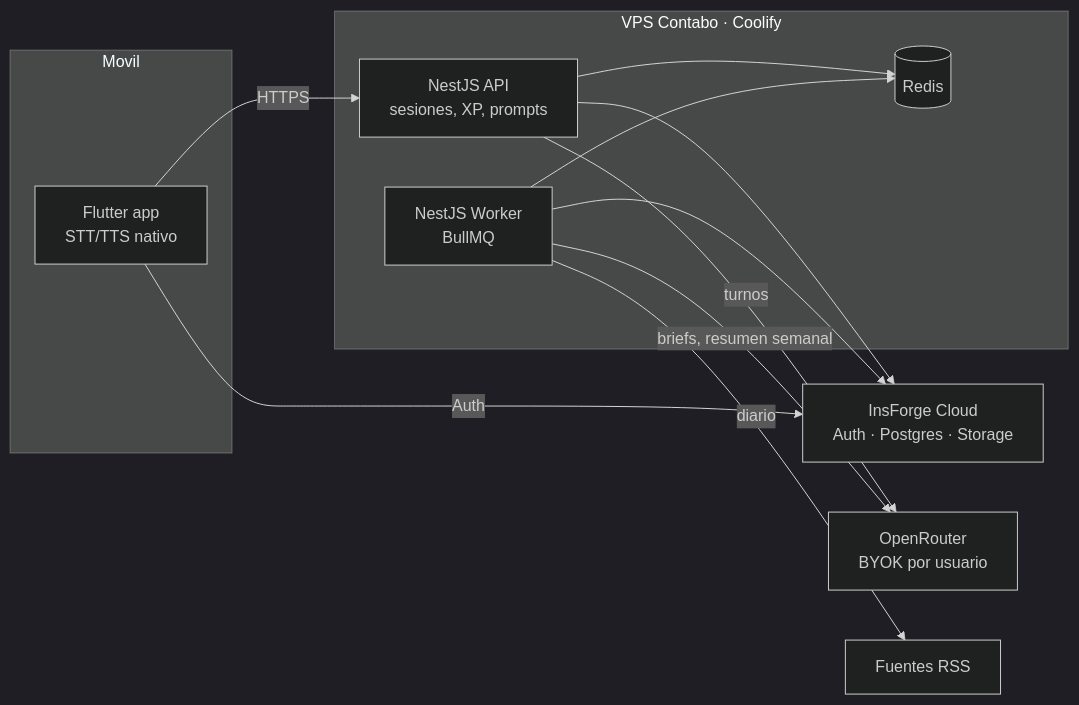
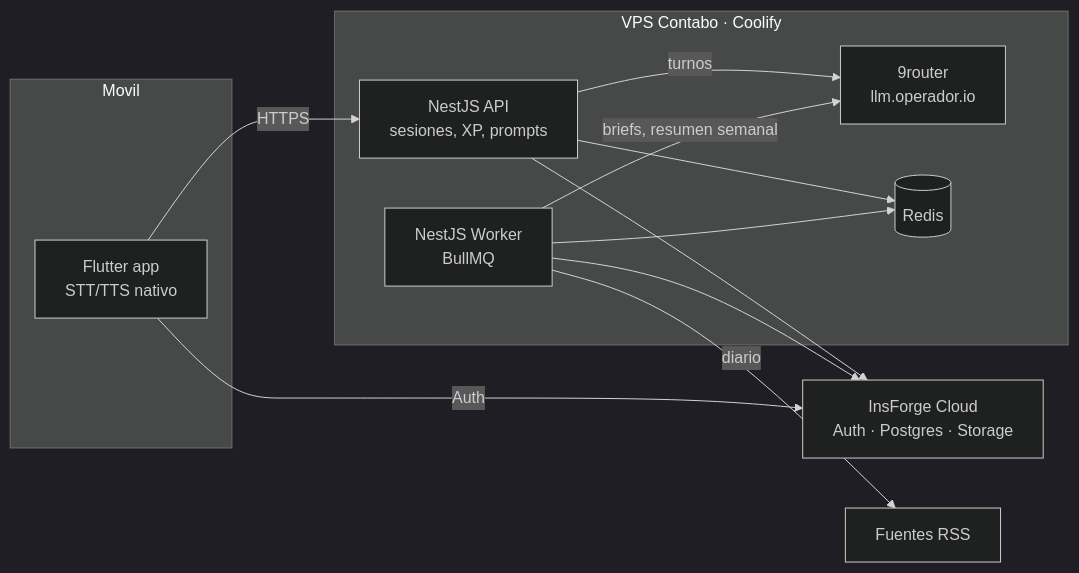
The second of 3 diagrams in docs/PRD.md (hectorcanaimero/fluent), drawn with Mermaid (dark theme) before and after one commit. The commit also changed other lines of this file and 7 other files, not shown here.

````diff
--- a/docs/PRD.md
+++ b/docs/PRD.md
@@ -204,24 +202,24 @@
 ```mermaid
 flowchart LR
     subgraph Movil
         F[Flutter app<br/>STT/TTS nativo]
     end
     subgraph VPS[VPS Contabo · Coolify]
         N[NestJS API<br/>sesiones, XP, prompts]
         W[NestJS Worker<br/>BullMQ]
+        R9[9router<br/>llm.operador.io]
         R[(Redis)]
     end
     I[InsForge Cloud<br/>Auth · Postgres · Storage]
-    OR[OpenRouter<br/>BYOK por usuario]
     RSS[Fuentes RSS]
 
     F -->|HTTPS| N
     F -->|Auth| I
     N --> I
     N --> R
     W --> R
     W --> I
-    N -->|turnos| OR
-    W -->|briefs, resumen semanal| OR
+    N -->|turnos| R9
+    W -->|briefs, resumen semanal| R9
     W -->|diario| RSS
 ```
````
